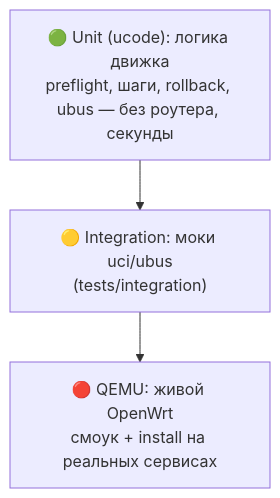
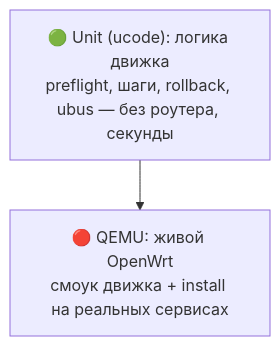
Before and after one commit to andreiyurik/cheburnet-router: the third of 3 diagrams in docs/architecture-v2.md, drawn with Mermaid. The commit also changed other lines of this file and 18 other files, not shown here.

````diff
--- a/docs/architecture-v2.md
+++ b/docs/architecture-v2.md
@@ -180,7 +179,6 @@
 ```mermaid
 flowchart TB
     unit["🟢 Unit (ucode): логика движка<br/>preflight, шаги, rollback, ubus — без роутера, секунды"]
-    integ["🟡 Integration: моки uci/ubus<br/>(tests/integration)"]
-    qemu["🔴 QEMU: живой OpenWrt<br/>смоук + install на реальных сервисах"]
-    unit --> integ --> qemu
+    qemu["🔴 QEMU: живой OpenWrt<br/>смоук движка + install на реальных сервисах"]
+    unit --> qemu
 ```
````
